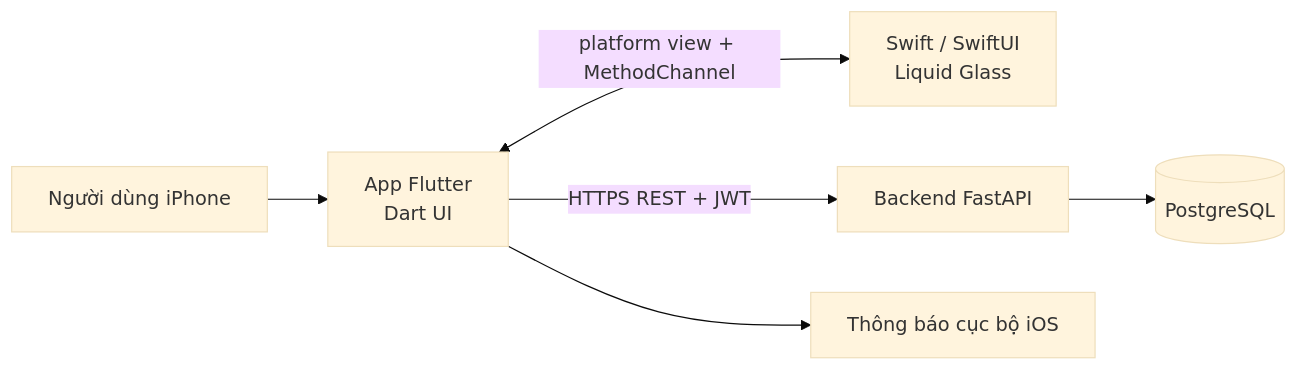
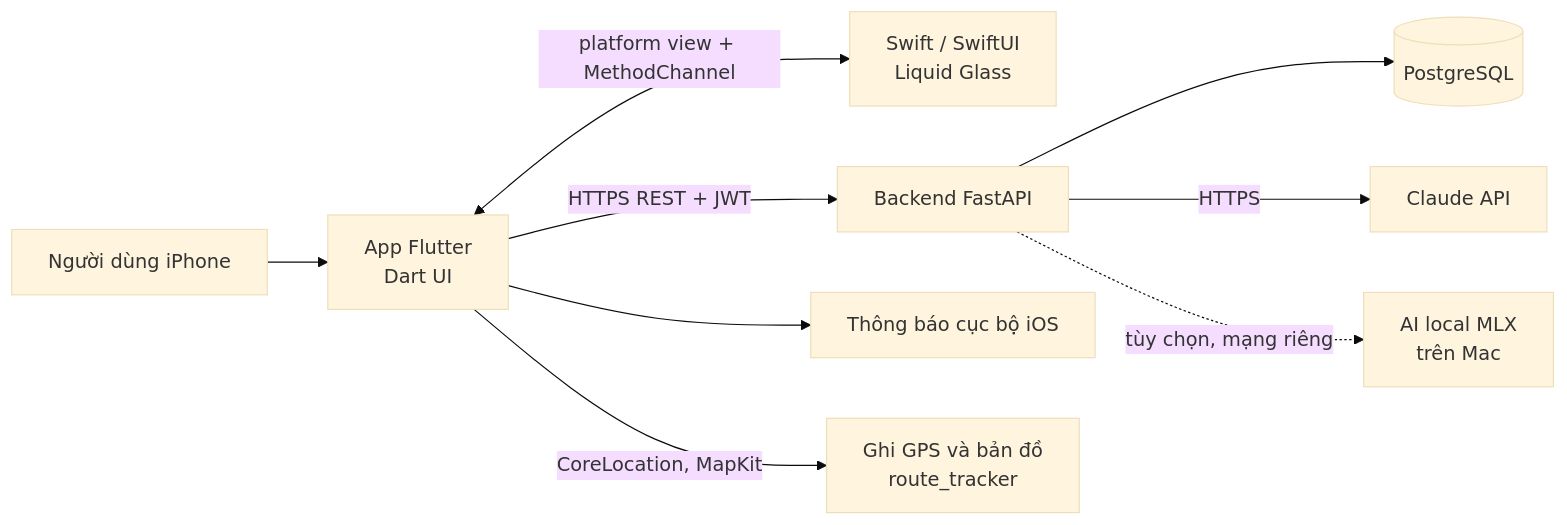
Before and after one commit to duydat555/healthtrack: the diagram in docs/02-kien-truc-he-thong.md, drawn with Mermaid (base theme). The commit also changed other lines of this file and 2 other files, not shown here.

````diff
--- a/docs/02-kien-truc-he-thong.md
+++ b/docs/02-kien-truc-he-thong.md
@@ -4,8 +4,11 @@
 ```mermaid
 flowchart LR
     U[Người dùng iPhone] --> F[App Flutter<br/>Dart UI]
     F <-->|platform view + MethodChannel| S[Swift / SwiftUI<br/>Liquid Glass]
     F -->|HTTPS REST + JWT| A[Backend FastAPI]
     A --> D[(PostgreSQL)]
     F --> N[Thông báo cục bộ iOS]
+    F -->|CoreLocation, MapKit| G[Ghi GPS và bản đồ<br/>route_tracker]
+    A -->|HTTPS| C[Claude API]
+    A -.->|tùy chọn, mạng riêng| L[AI local MLX<br/>trên Mac]
 ```
````
